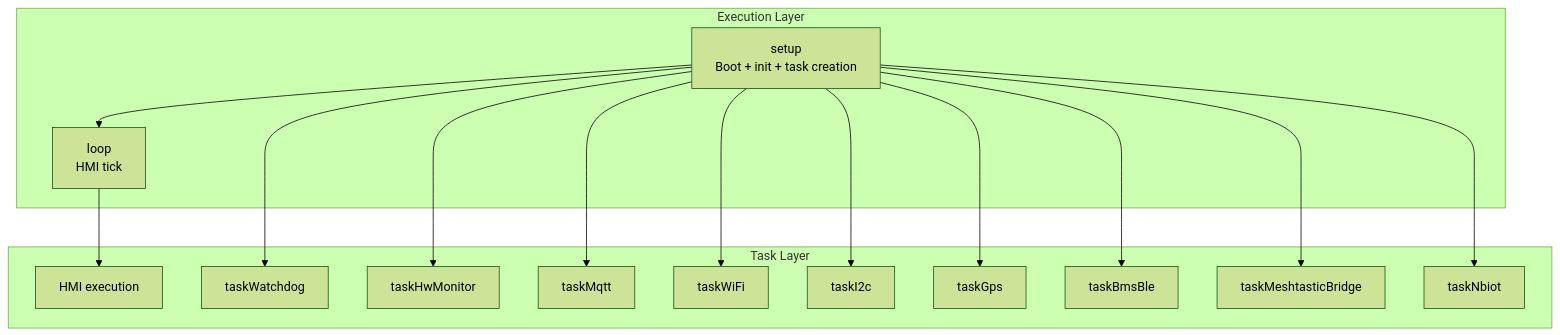
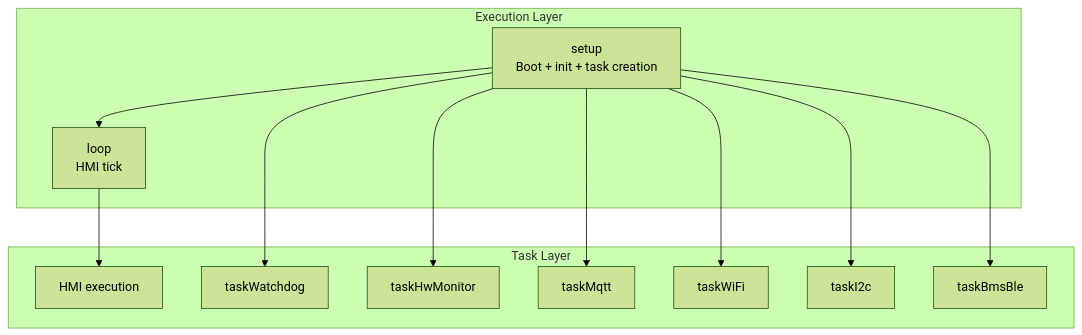
The diagram in README.md (lburais/SmartFranklin), drawn with Mermaid (forest theme) before and after one commit. The commit also changed other lines of this file and 13 other files, not shown here.

````diff
--- a/README.md
+++ b/README.md
@@ -21,32 +21,26 @@
 ```mermaid
 flowchart TD
     subgraph L1[Execution Layer]
         SETUP[setup\nBoot + init + task creation]
         LOOP[loop\nHMI tick]
     end
 
     subgraph L2[Task Layer]
         T_HMI[HMI execution]
         T_WD[taskWatchdog]
         T_HW[taskHwMonitor]
         T_MQTT[taskMqtt]
         T_WIFI[taskWiFi]
         T_I2C[taskI2c]
-        T_GPS[taskGps]
         T_BMS[taskBmsBle]
-        T_MESH[taskMeshtasticBridge]
-        T_NBIOT[taskNbiot]
     end
 
     SETUP --> LOOP
     LOOP --> T_HMI
     SETUP --> T_WD
     SETUP --> T_HW
     SETUP --> T_MQTT
     SETUP --> T_WIFI
     SETUP --> T_I2C
-    SETUP --> T_GPS
     SETUP --> T_BMS
-    SETUP --> T_MESH
-    SETUP --> T_NBIOT
 ```
````
